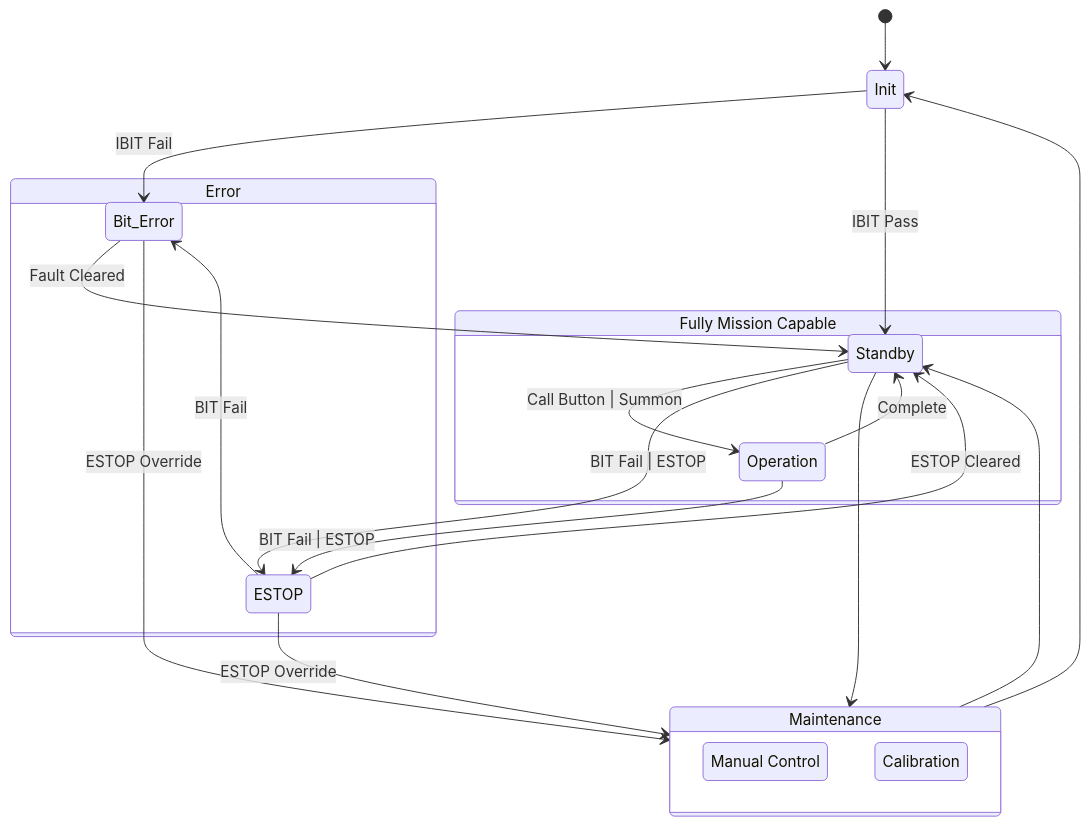
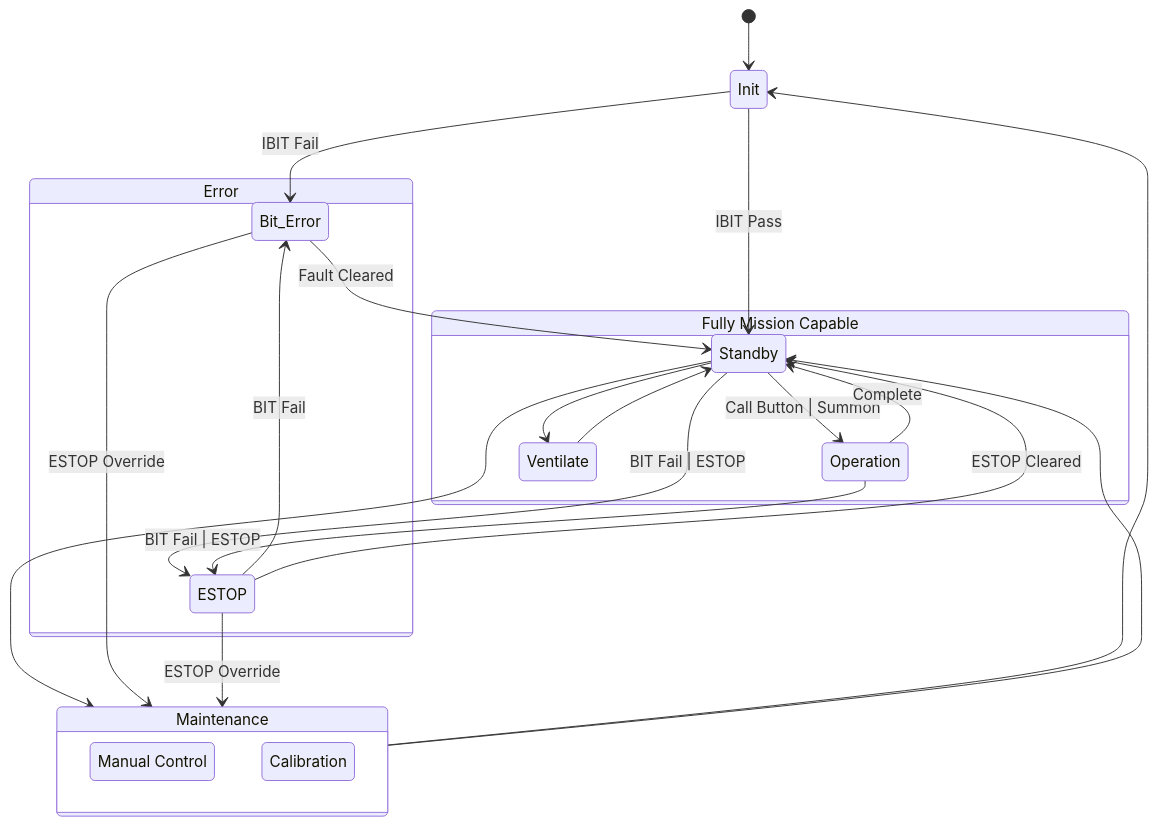
One commit to Diverjim84/Elevator changed the diagram in System Diagrams/MasterStateMachine.md. Above: the diagram before and after it, drawn with Mermaid.

Commit message:
Added Vent state

````diff
--- a/System Diagrams/MasterStateMachine.md
+++ b/System Diagrams/MasterStateMachine.md
@@ -5,61 +5,67 @@
 ```mermaid
 stateDiagram-v2
     classDef badBadEvent fill: Red, color:white,font-weight:bold,stroke-width:4px,stroke:yellow
 
     classDef lessBadEvent fill: Red,color:white,font-weight:bold,stroke-width:4px,stroke:white
     
     classDef NoMovement font-weight:bold, stroke-width:4px,stroke:Green
 
     classDef Movement font-weight:bold stroke-width:6px,stroke:Yellow
 
     state  "Fully Mission Capable" as FMC
     
     [*] --> Init
     Init --> Bit_Error : IBIT Fail
     Init --> Standby : IBIT Pass
     
     Standby --> Maintenance 
-    Standby --> Operation : Call Button | Summon
     Standby --> ESTOP : BIT Fail | ESTOP
-    Operation --> Standby : Complete
     Operation --> ESTOP : BIT Fail | ESTOP
     
     Bit_Error --> Standby : Fault Cleared
     Bit_Error --> Maintenance : ESTOP Override
     
     
     ESTOP --> Bit_Error : BIT Fail
     ESTOP --> Standby : ESTOP Cleared
     ESTOP --> Maintenance : ESTOP Override
     
     Maintenance --> Init 
     Maintenance --> Standby
 
     state FMC {
         Standby 
         Operation
+        Ventilate
+
+        Standby --> Operation : Call Button | Summon
+        Operation --> Standby : Complete
+        Standby --> Ventilate
+        Ventilate --> Standby
+        
+    
     }
     
     state Maintenance {
         state "Manual Control" As M1
         state "Calibration" As M2
     }
 
     state Error {
         Bit_Error
         ESTOP
     }
 
     Init ::: NoMovement
 
     Standby ::: NoMovement
     Operation ::: Movement
 
     Maintenance ::: Movement
 
     ESTOP ::: badBadEvent
     Bit_Error ::: lessBadEvent
 
 
 
 ```
````
